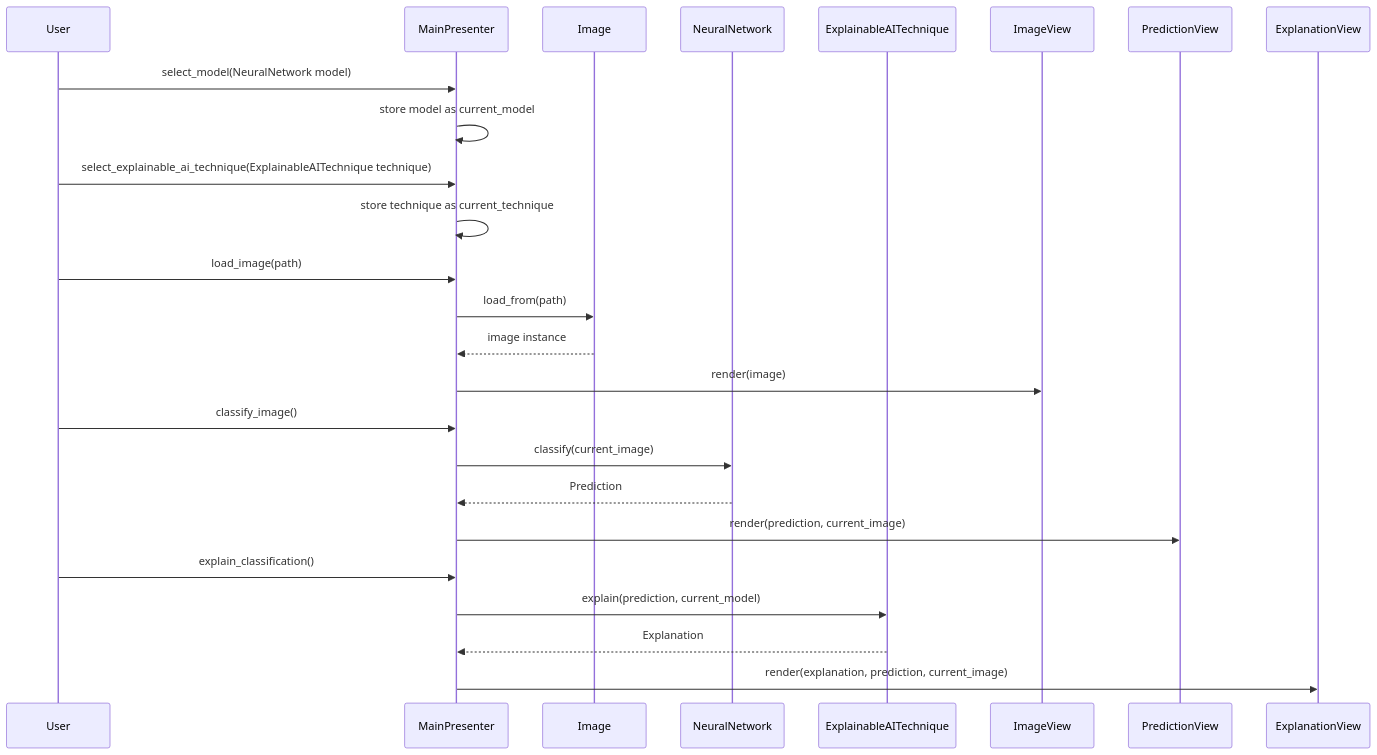
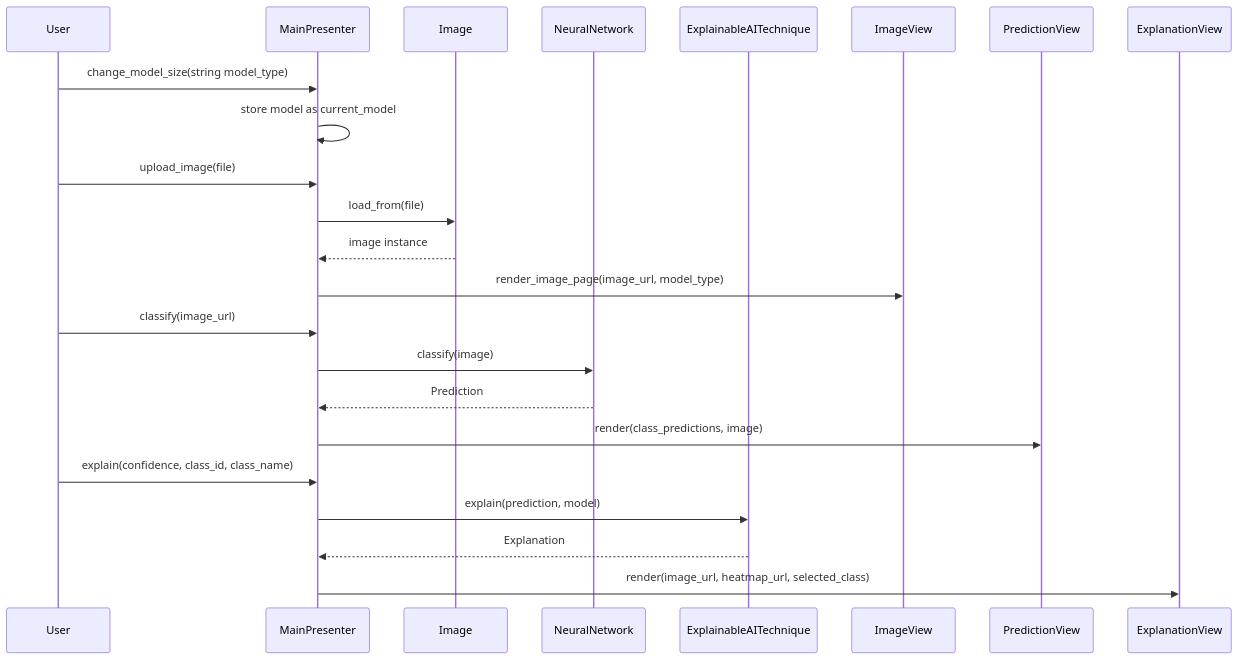
The third of 3 diagrams in documentation/02_static_and_dynamic_models.md (GermainGirndt/visual-explanaible-ai), drawn with Mermaid before and after one commit. The commit also changed other lines of this file and 5 other files, not shown here.

Commit message:
Konzeption MVP und Diagramme

````diff
--- a/documentation/02_static_and_dynamic_models.md
+++ b/documentation/02_static_and_dynamic_models.md
@@ -222,33 +225,33 @@
 ```mermaid
 
 sequenceDiagram
     participant User
     participant MainPresenter
     participant Image
     participant NeuralNetwork
     participant ExplainableAITechnique
     participant ImageView
     participant PredictionView
     participant ExplanationView
 
-    User->>MainPresenter: select_model(NeuralNetwork model)
+    User->>MainPresenter: change_model_size(string model_type)
     MainPresenter->>MainPresenter: store model as current_model
 
-    User->>MainPresenter: select_explainable_ai_technique(ExplainableAITechnique technique)
-    MainPresenter->>MainPresenter: store technique as current_technique
+    #User->>MainPresenter: select_explainable_ai_technique(ExplainableAITechnique technique)
+    #MainPresenter->>MainPresenter: store technique as current_technique
 
-    User->>MainPresenter: load_image(path)
-    MainPresenter->>Image: load_from(path)
+    User->>MainPresenter: upload_image(file)
+    MainPresenter->>Image: load_from(file)
     Image-->>MainPresenter: image instance
-    MainPresenter->>ImageView: render(image)
+    MainPresenter->>ImageView: render_image_page(image_url, model_type)
 
-    User->>MainPresenter: classify_image()
-    MainPresenter->>NeuralNetwork: classify(current_image)
+    User->>MainPresenter: classify(image_url)
+    MainPresenter->>NeuralNetwork: classify(image)
     NeuralNetwork-->>MainPresenter: Prediction
-    MainPresenter->>PredictionView: render(prediction, current_image)
+    MainPresenter->>PredictionView: render(class_predictions, image)
 
-    User->>MainPresenter: explain_classification()
-    MainPresenter->>ExplainableAITechnique: explain(prediction, current_model)
+    User->>MainPresenter: explain(confidence, class_id, class_name)
+    MainPresenter->>ExplainableAITechnique: explain(prediction, model)
     ExplainableAITechnique-->>MainPresenter: Explanation
-    MainPresenter->>ExplanationView: render(explanation, prediction, current_image)
+    MainPresenter->>ExplanationView: render(image_url, heatmap_url, selected_class)
 ```
````
